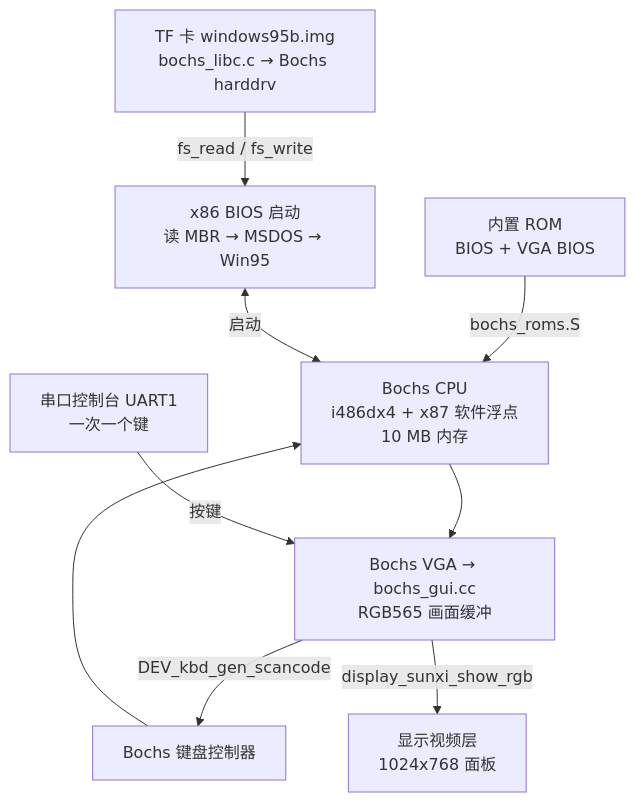
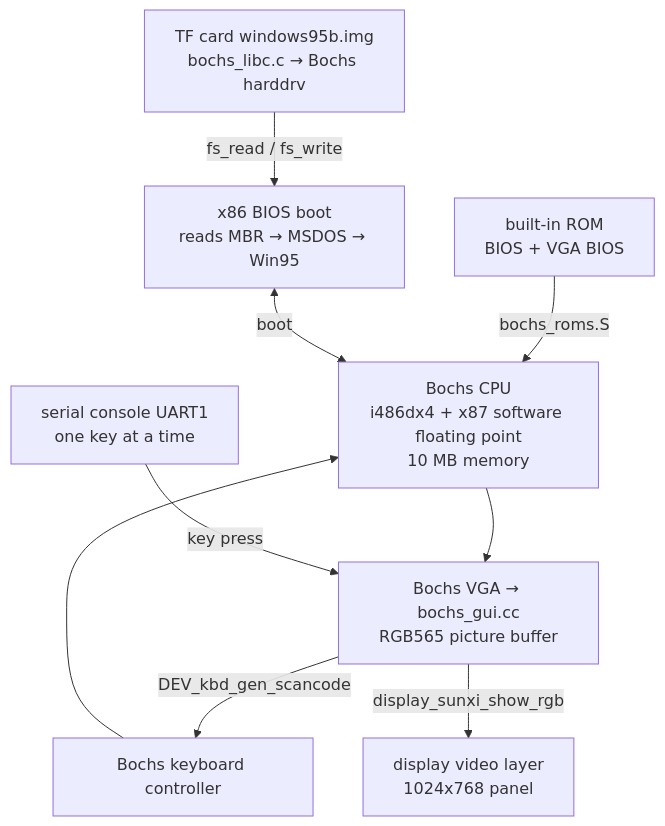
One commit to YuzukiHD/YuzukiNeko changed the first of 2 diagrams in docs/src/content/docs/dev/zephyr/apps/win95.md. Above: the diagram before and after it, drawn with Mermaid. The commit also changed other lines of this file and 216 other files, not shown here.

````diff
--- a/docs/src/content/docs/dev/zephyr/apps/win95.md
+++ b/docs/src/content/docs/dev/zephyr/apps/win95.md
@@ -7,11 +7,11 @@
 ```mermaid
 flowchart TB
-    SD["TF 卡 windows95b.img<br/>bochs_libc.c → Bochs harddrv"] -->|"fs_read / fs_write"| BIOS["x86 BIOS 启动<br/>读 MBR → MSDOS → Win95"]
-    ROM["内置 ROM<br/>BIOS + VGA BIOS"] -->|"bochs_roms.S"| CPU["Bochs CPU<br/>i486dx4 + x87 软件浮点<br/>10 MB 内存"]
-    BIOS <-->|"启动"| CPU
-    CPU --> GUI["Bochs VGA → bochs_gui.cc<br/>RGB565 画面缓冲"]
-    GUI -->|"DEV_kbd_gen_scancode"| KBD["Bochs 键盘控制器"]
+    SD["TF card windows95b.img<br/>bochs_libc.c → Bochs harddrv"] -->|"fs_read / fs_write"| BIOS["x86 BIOS boot<br/>reads MBR → MSDOS → Win95"]
+    ROM["built-in ROM<br/>BIOS + VGA BIOS"] -->|"bochs_roms.S"| CPU["Bochs CPU<br/>i486dx4 + x87 software floating point<br/>10 MB memory"]
+    BIOS <-->|"boot"| CPU
+    CPU --> GUI["Bochs VGA → bochs_gui.cc<br/>RGB565 picture buffer"]
+    GUI -->|"DEV_kbd_gen_scancode"| KBD["Bochs keyboard controller"]
     KBD --> CPU
-    GUI -->|"display_sunxi_show_rgb"| PANEL["显示视频层<br/>1024x768 面板"]
-    UART["串口控制台 UART1<br/>一次一个键"] -->|"按键"| GUI
+    GUI -->|"display_sunxi_show_rgb"| PANEL["display video layer<br/>1024x768 panel"]
+    UART["serial console UART1<br/>one key at a time"] -->|"key press"| GUI
 ```
````
